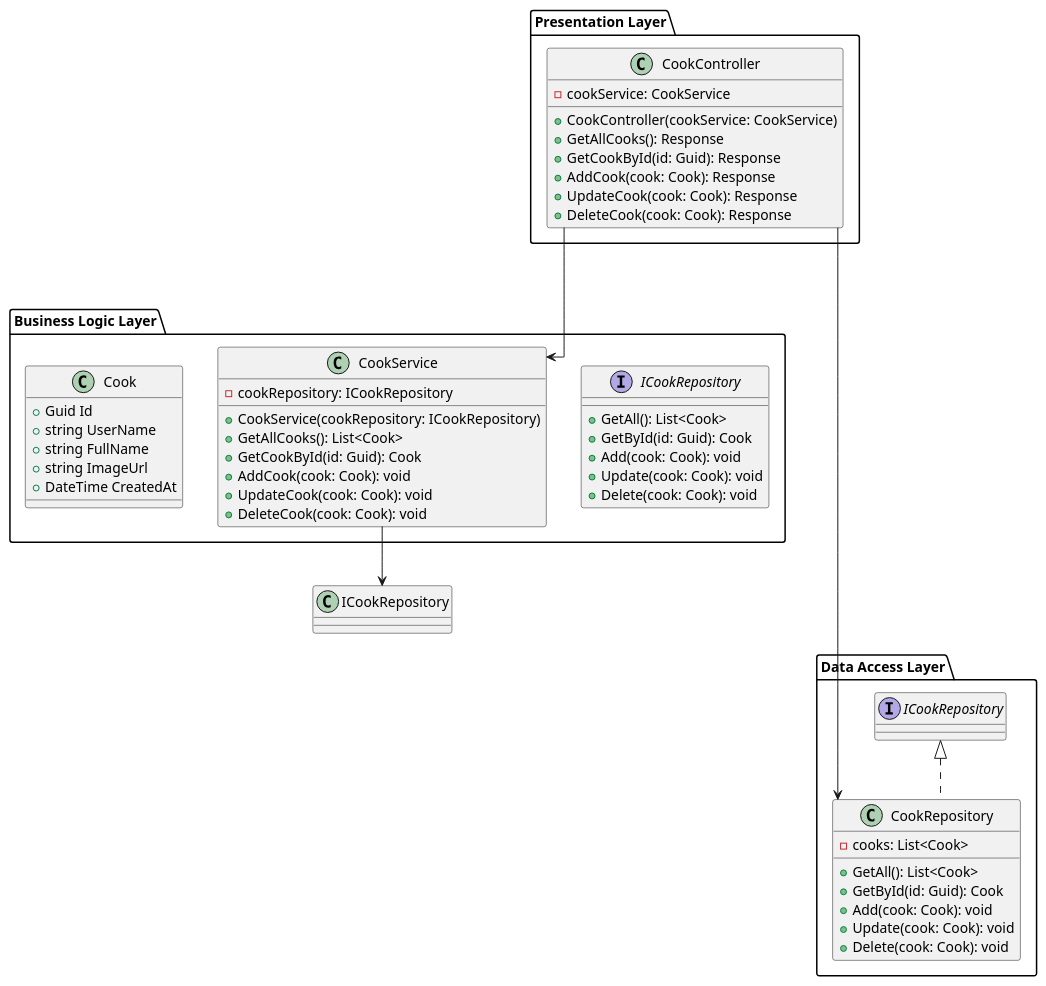
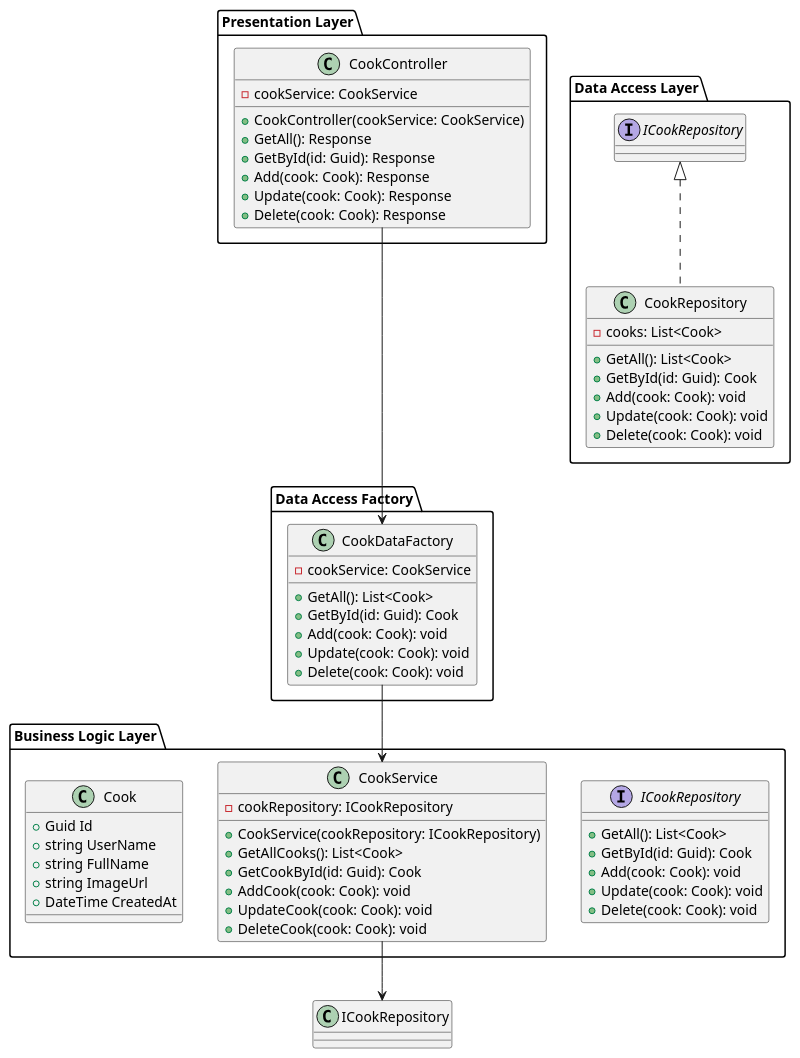
Before and after one commit to DAQEM/RecipeFinder: the diagram in BLL/test.puml, drawn with PlantUML. The commit also changed 12 other files, not shown here.

```diff
--- a/BLL/test.puml
+++ b/BLL/test.puml
@@ -1,60 +1,71 @@
 @startuml
 
 skinparam LineType ortho
 
 package "Business Logic Layer" as BLL {
     interface ICookRepository {
         +GetAll(): List<Cook>
         +GetById(id: Guid): Cook
         +Add(cook: Cook): void
         +Update(cook: Cook): void
         +Delete(cook: Cook): void
     }
     
     class CookService {
         -cookRepository: ICookRepository
         +CookService(cookRepository: ICookRepository)
         +GetAllCooks(): List<Cook>
         +GetCookById(id: Guid): Cook
         +AddCook(cook: Cook): void
         +UpdateCook(cook: Cook): void
         +DeleteCook(cook: Cook): void
     }
     
     class Cook {
         +Guid Id
         +string UserName
         +string FullName
         +string ImageUrl
         +DateTime CreatedAt
     }
 }
 
 package "Data Access Layer" as DAL {
     class CookRepository implements ICookRepository {
         -cooks: List<Cook>
         +GetAll(): List<Cook>
         +GetById(id: Guid): Cook
         +Add(cook: Cook): void
         +Update(cook: Cook): void
         +Delete(cook: Cook): void
     }
 }
 
 package "Presentation Layer" as PRES {
     class CookController {
         -cookService: CookService
         +CookController(cookService: CookService)
-        +GetAllCooks(): Response
-        +GetCookById(id: Guid): Response
-        +AddCook(cook: Cook): Response
-        +UpdateCook(cook: Cook): Response
-        +DeleteCook(cook: Cook): Response
+        +GetAll(): Response
+        +GetById(id: Guid): Response
+        +Add(cook: Cook): Response
+        +Update(cook: Cook): Response
+        +Delete(cook: Cook): Response
+    }
+}
+
+package "Data Access Factory" as DAF {
+    class CookDataFactory {
+        -cookService: CookService
+        +GetAll(): List<Cook>
+        +GetById(id: Guid): Cook
+        +Add(cook: Cook): void
+        +Update(cook: Cook): void
+        +Delete(cook: Cook): void
     }
 }
 
 CookService --> ICookRepository
-CookController ---> CookService
-CookController ------> CookRepository
+CookController ---> CookDataFactory
+CookDataFactory --> CookService
 
 @enduml
```
